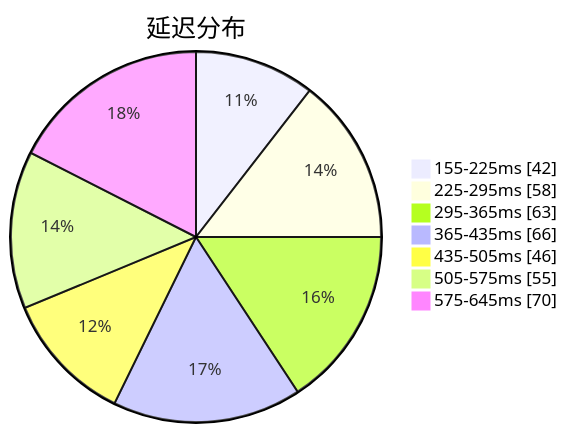
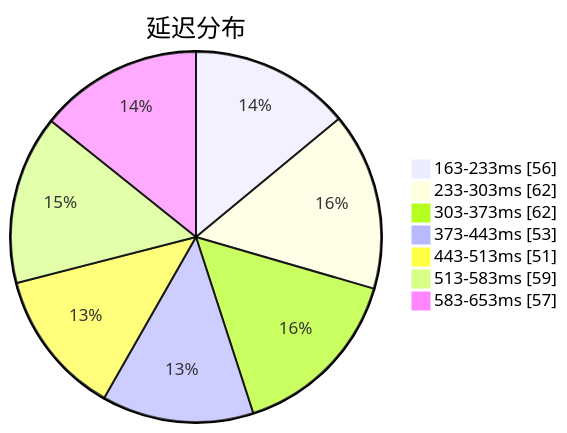
One commit to qjlxg/airport changed the first of 3 diagrams in subs/statistics/tested_within.md. Above: the diagram before and after it, drawn with Mermaid. The commit also changed other lines of this file and 2 other files, not shown here.

````diff
--- a/subs/statistics/tested_within.md
+++ b/subs/statistics/tested_within.md
@@ -2,11 +2,11 @@
 ```mermaid
 pie showData
 title 延迟分布
-"155-225ms" : 42
-"225-295ms" : 58
-"295-365ms" : 63
-"365-435ms" : 66
-"435-505ms" : 46
-"505-575ms" : 55
-"575-645ms" : 70
+"163-233ms" : 56
+"233-303ms" : 62
+"303-373ms" : 62
+"373-443ms" : 53
+"443-513ms" : 51
+"513-583ms" : 59
+"583-653ms" : 57
 ```
````
